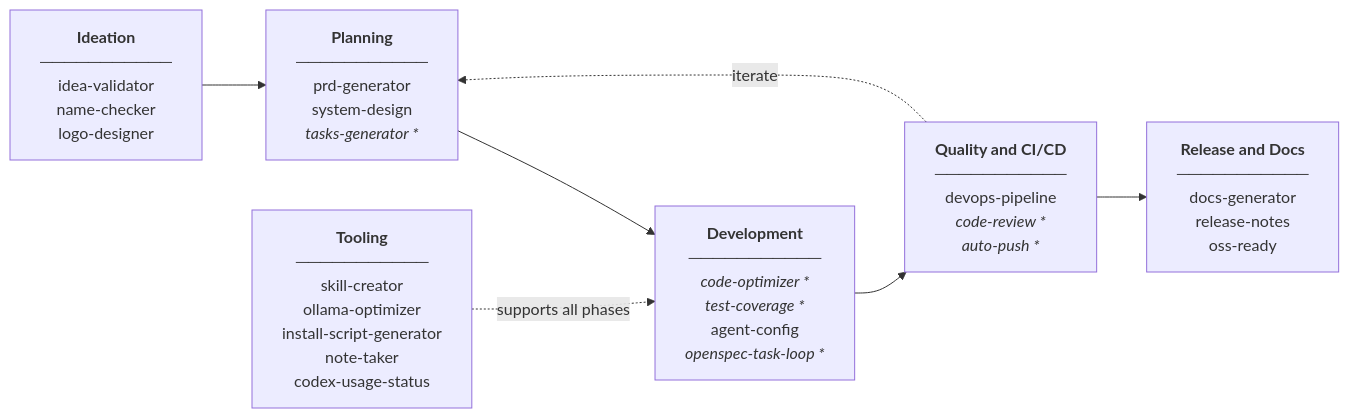
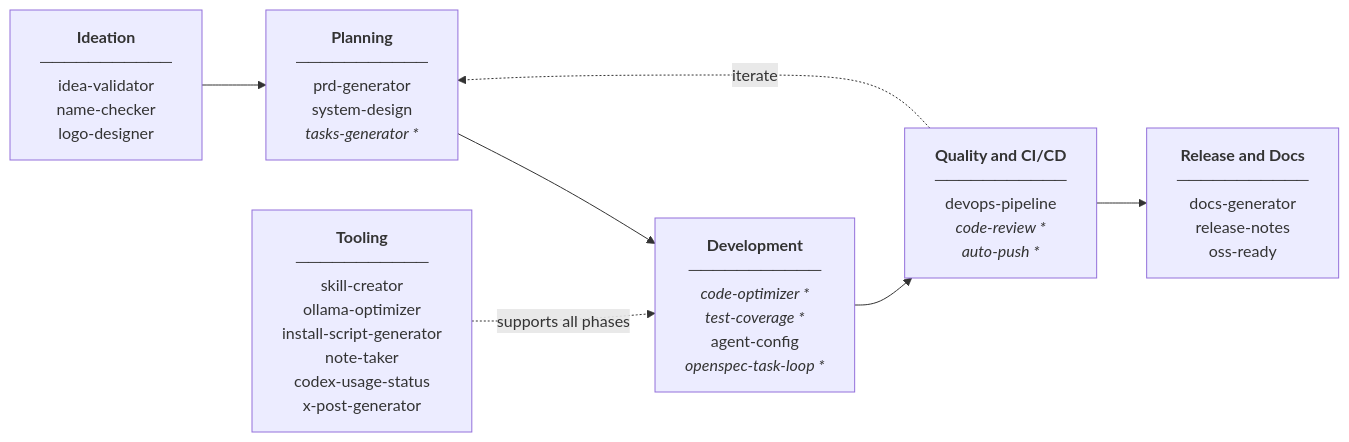
The diagram in README.md (luongnv89/skills), drawn with Mermaid before and after one commit. The commit also changed other lines of this file and 4 other files, not shown here.

Commit message:
add x-post-generator skill with brand memory and hashtag constraints

````diff
--- a/README.md
+++ b/README.md
@@ -37,16 +37,16 @@
 ```mermaid
 flowchart LR
     IDEATION["<b>Ideation</b><br/>───────────<br/>idea-validator<br/>name-checker<br/>logo-designer"]
     PLANNING["<b>Planning</b><br/>───────────<br/>prd-generator<br/>system-design<br/><i>tasks-generator *</i>"]
     DEVELOPMENT["<b>Development</b><br/>───────────<br/><i>code-optimizer *</i><br/><i>test-coverage *</i><br/>agent-config<br/><i>openspec-task-loop *</i>"]
     QUALITY["<b>Quality and CI/CD</b><br/>───────────<br/>devops-pipeline<br/><i>code-review *</i><br/><i>auto-push *</i>"]
     RELEASE["<b>Release and Docs</b><br/>───────────<br/>docs-generator<br/>release-notes<br/>oss-ready"]
-    TOOLING["<b>Tooling</b><br/>───────────<br/>skill-creator<br/>ollama-optimizer<br/>install-script-generator<br/>note-taker<br/>codex-usage-status"]
+    TOOLING["<b>Tooling</b><br/>───────────<br/>skill-creator<br/>ollama-optimizer<br/>install-script-generator<br/>note-taker<br/>codex-usage-status<br/>x-post-generator"]
 
     IDEATION --> PLANNING
     PLANNING --> DEVELOPMENT
     DEVELOPMENT --> QUALITY
     QUALITY --> RELEASE
     QUALITY -.->|iterate| PLANNING
     TOOLING -.->|supports all phases| DEVELOPMENT
 ```
````
